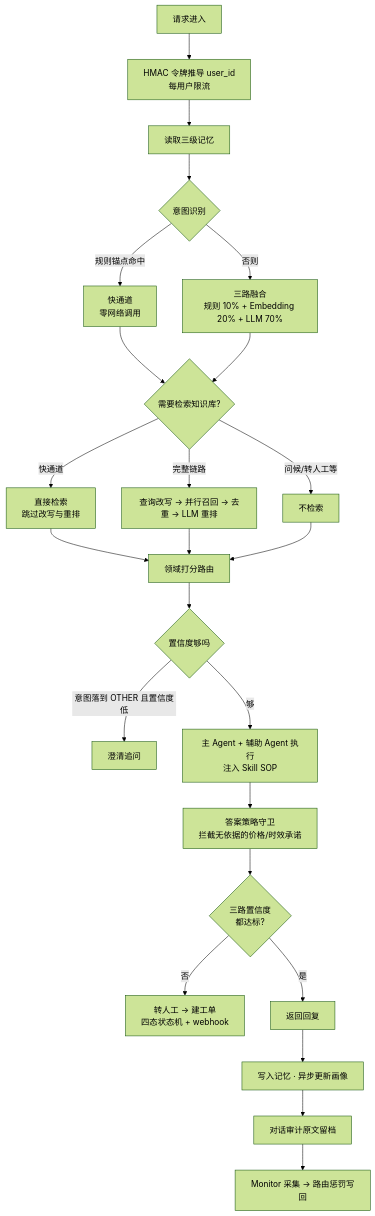
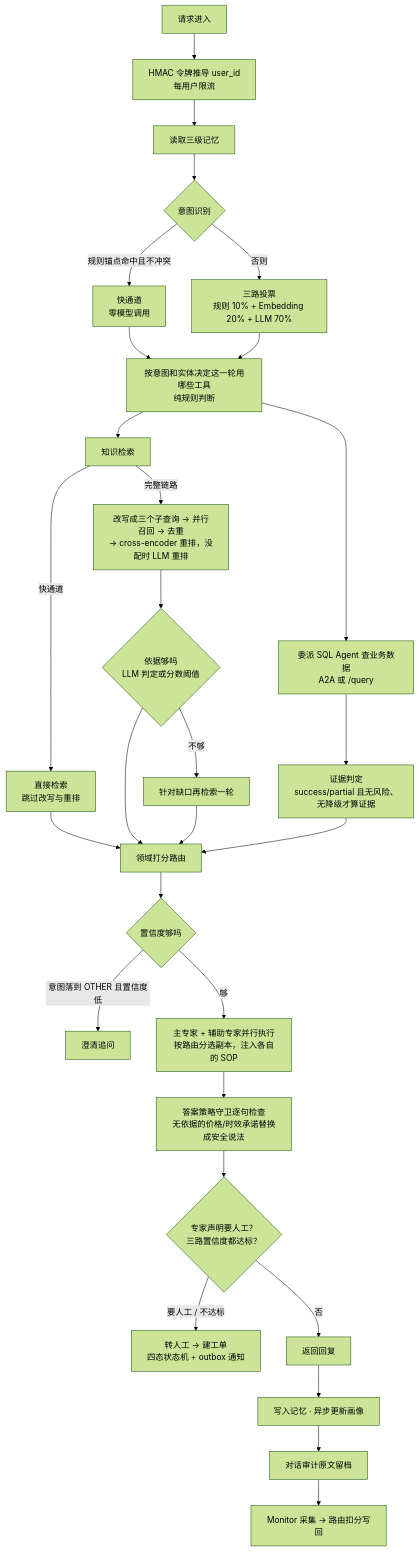
The second of 6 diagrams in docs/architecture.md (heyemlee/ai-helpdesk), drawn with Mermaid (forest theme) before and after one commit. The commit also changed other lines of this file and 3 other files, not shown here.

First line of the commit message:
docs: redraw the architecture as a five-stage agent loop

````diff
--- a/docs/architecture.md
+++ b/docs/architecture.md
@@ -33,26 +38,28 @@
 ```mermaid
 flowchart TD
     A[请求进入] --> A2[HMAC 令牌推导 user_id<br/>每用户限流]
     A2 --> B[读取三级记忆]
     B --> C{意图识别}
-    C -->|规则锚点命中| D[快通道<br/>零网络调用]
-    C -->|否则| E[三路融合<br/>规则 10% + Embedding 20% + LLM 70%]
-    D --> F{需要检索知识库?}
+    C -->|规则锚点命中且不冲突| D[快通道<br/>零模型调用]
+    C -->|否则| E[三路投票<br/>规则 10% + Embedding 20% + LLM 70%]
+    D --> F[按意图和实体决定这一轮用哪些工具<br/>纯规则判断]
     E --> F
-    F -->|快通道| G[直接检索<br/>跳过改写与重排]
-    F -->|完整链路| H[查询改写 → 并行召回 → 去重 → LLM 重排]
-    F -->|问候/转人工等| I[不检索]
-    G --> J[领域打分路由]
-    H --> J
-    I --> J
+    F --> G[知识检索]
+    F --> W[委派 SQL Agent 查业务数据<br/>A2A 或 /query]
+    G -->|快通道| G1[直接检索<br/>跳过改写与重排]
+    G -->|完整链路| G2[改写成三个子查询 → 并行召回 → 去重<br/>→ cross-encoder 重排，没配时 LLM 重排]
+    G2 --> G3{依据够吗<br/>LLM 判定或分数阈值}
+    G3 -->|不够| G4[针对缺口再检索一轮]
+    W --> W1[证据判定<br/>success/partial 且无风险、无降级才算证据]
+    G1 & G3 & G4 & W1 --> J[领域打分路由]
     J --> K{置信度够吗}
     K -->|意图落到 OTHER 且置信度低| L[澄清追问]
-    K -->|够| M[主 Agent + 辅助 Agent 执行<br/>注入 Skill SOP]
-    M --> N[答案策略守卫<br/>拦截无依据的价格/时效承诺]
-    N --> O{三路置信度<br/>都达标?}
-    O -->|否| P[转人工 → 建工单<br/>四态状态机 + webhook]
-    O -->|是| Q[返回回复]
+    K -->|够| M[主专家 + 辅助专家并行执行<br/>按路由分选副本，注入各自的 SOP]
+    M --> N[答案策略守卫逐句检查<br/>无依据的价格/时效承诺替换成安全说法]
+    N --> O{专家声明要人工？<br/>三路置信度都达标？}
+    O -->|要人工 / 不达标| P[转人工 → 建工单<br/>四态状态机 + outbox 通知]
+    O -->|否| Q[返回回复]
     Q --> S[写入记忆 · 异步更新画像]
     S --> S2[对话审计原文留档]
-    S2 --> T[Monitor 采集 → 路由惩罚写回]
+    S2 --> T[Monitor 采集 → 路由扣分写回]
 ```
````
